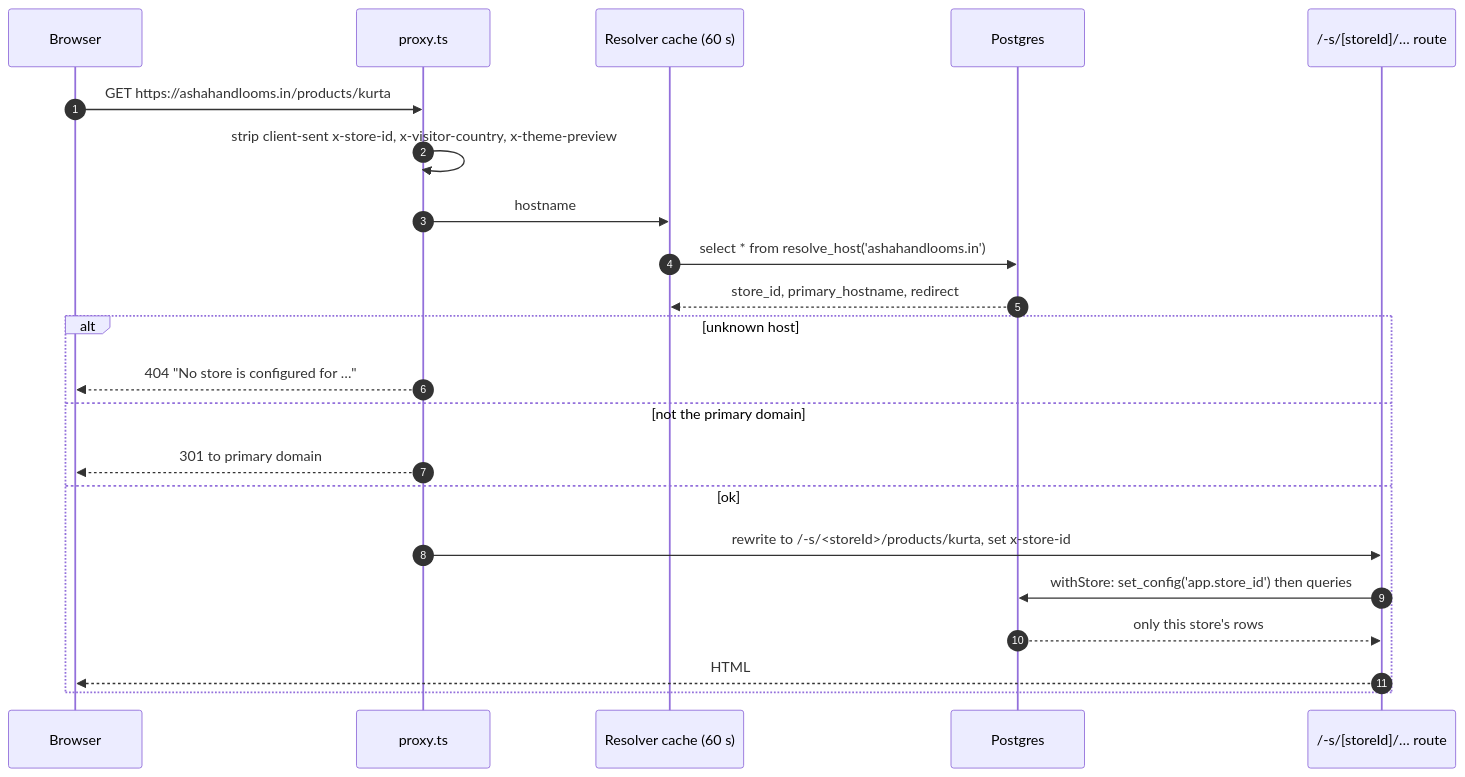
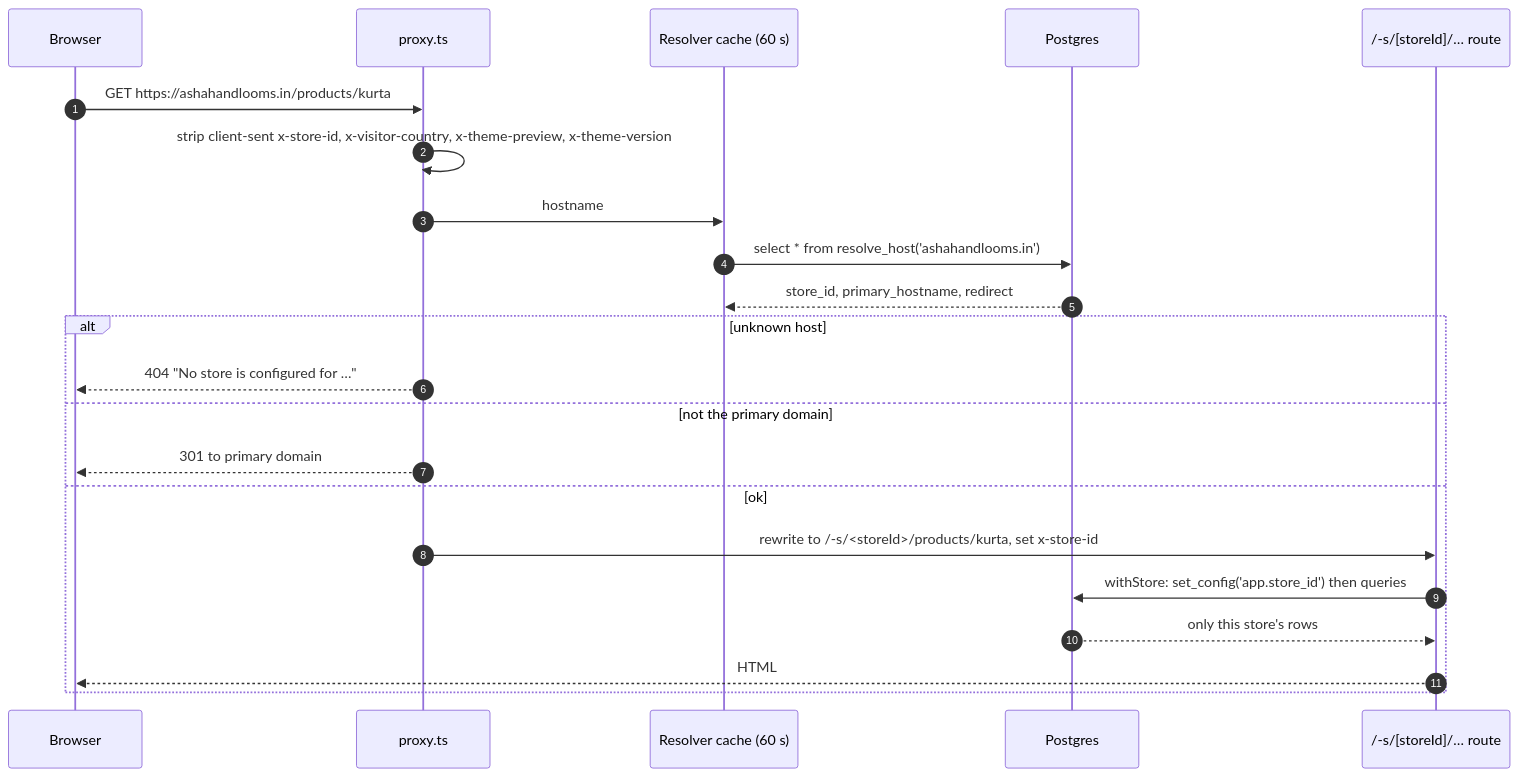
The second of 4 diagrams in apps/docs/content/developer-docs/building/request-flow.mdx (Viora-Tech/e-commerce), drawn with Mermaid before and after one commit. The commit also changed other lines of this file and 33 other files, not shown here.

````diff
--- a/apps/docs/content/developer-docs/building/request-flow.mdx
+++ b/apps/docs/content/developer-docs/building/request-flow.mdx
@@ -41,24 +41,24 @@
 ```mermaid
 sequenceDiagram
   autonumber
   participant B as Browser
   participant P as proxy.ts
   participant C as Resolver cache (60 s)
   participant DB as Postgres
   participant R as /-s/[storeId]/… route
   B->>P: GET https://ashahandlooms.in/products/kurta
-  P->>P: strip client-sent x-store-id, x-visitor-country, x-theme-preview
+  P->>P: strip client-sent x-store-id, x-visitor-country, x-theme-preview, x-theme-version
   P->>C: hostname
   C->>DB: select * from resolve_host('ashahandlooms.in')
   DB-->>C: store_id, primary_hostname, redirect
   alt unknown host
     P-->>B: 404 "No store is configured for …"
   else not the primary domain
     P-->>B: 301 to primary domain
   else ok
     P->>R: rewrite to /-s/<storeId>/products/kurta, set x-store-id
     R->>DB: withStore: set_config('app.store_id') then queries
     DB-->>R: only this store's rows
     R-->>B: HTML
   end
 ```
````
